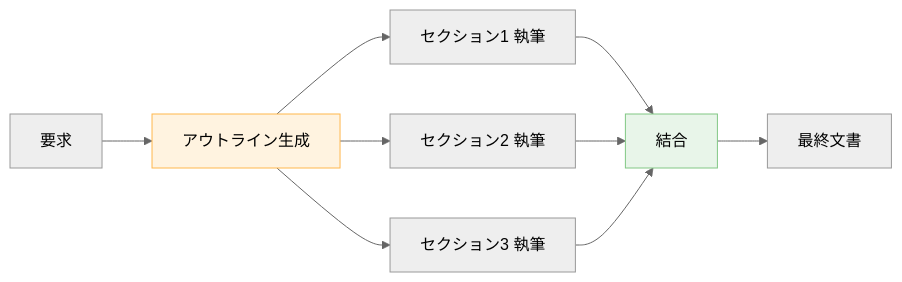
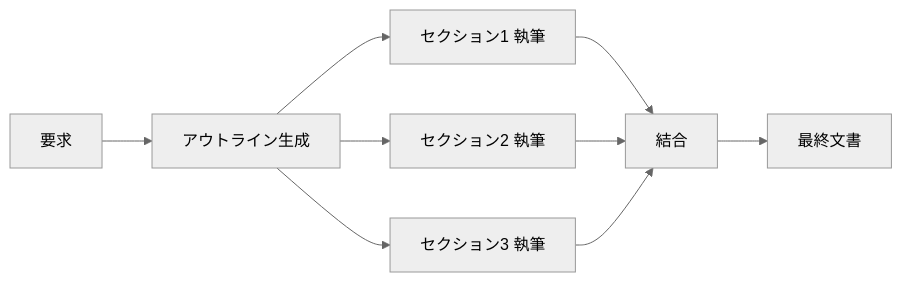
The second of 3 diagrams in docs/patterns/長い出力を生成させるときの-5-つの失敗.md (dinekt/dinekt-wiki), drawn with Mermaid (neutral theme) before and after one commit. The commit also changed other lines of this file and 70 other files, not shown here.

First line of the commit message:
fix(mermaid): strip all inline styling, rely on theme

````diff
--- a/docs/patterns/長い出力を生成させるときの-5-つの失敗.md
+++ b/docs/patterns/長い出力を生成させるときの-5-つの失敗.md
@@ -45,14 +45,12 @@
 ```mermaid
 flowchart LR
     R[要求] --> O[アウトライン生成]
     O --> S1[セクション1 執筆]
     O --> S2[セクション2 執筆]
     O --> S3[セクション3 執筆]
     S1 --> C[結合]
     S2 --> C
     S3 --> C
     C --> F[最終文書]
 
-    style O fill:#fff3e0,stroke:#ffb74d,color:#000
-    style C fill:#e8f5e9,stroke:#81c784,color:#000
 ```
````
